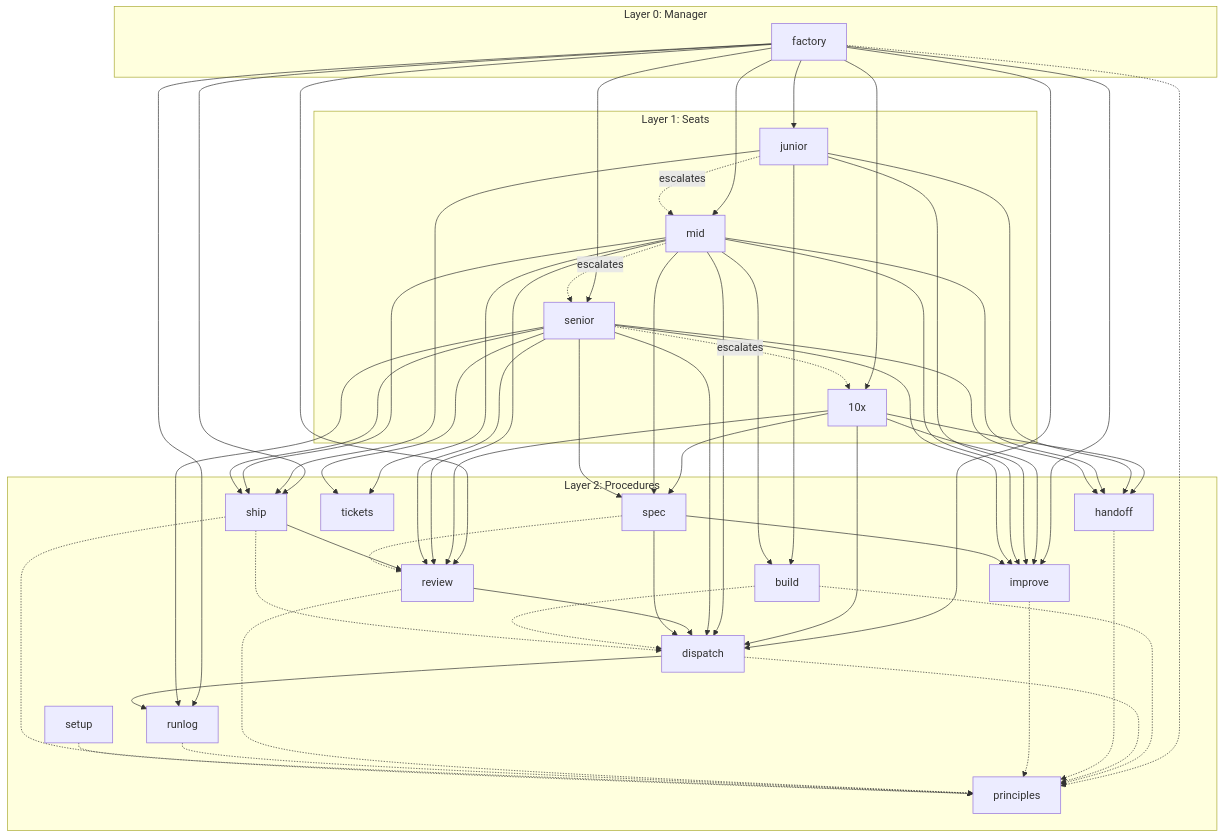
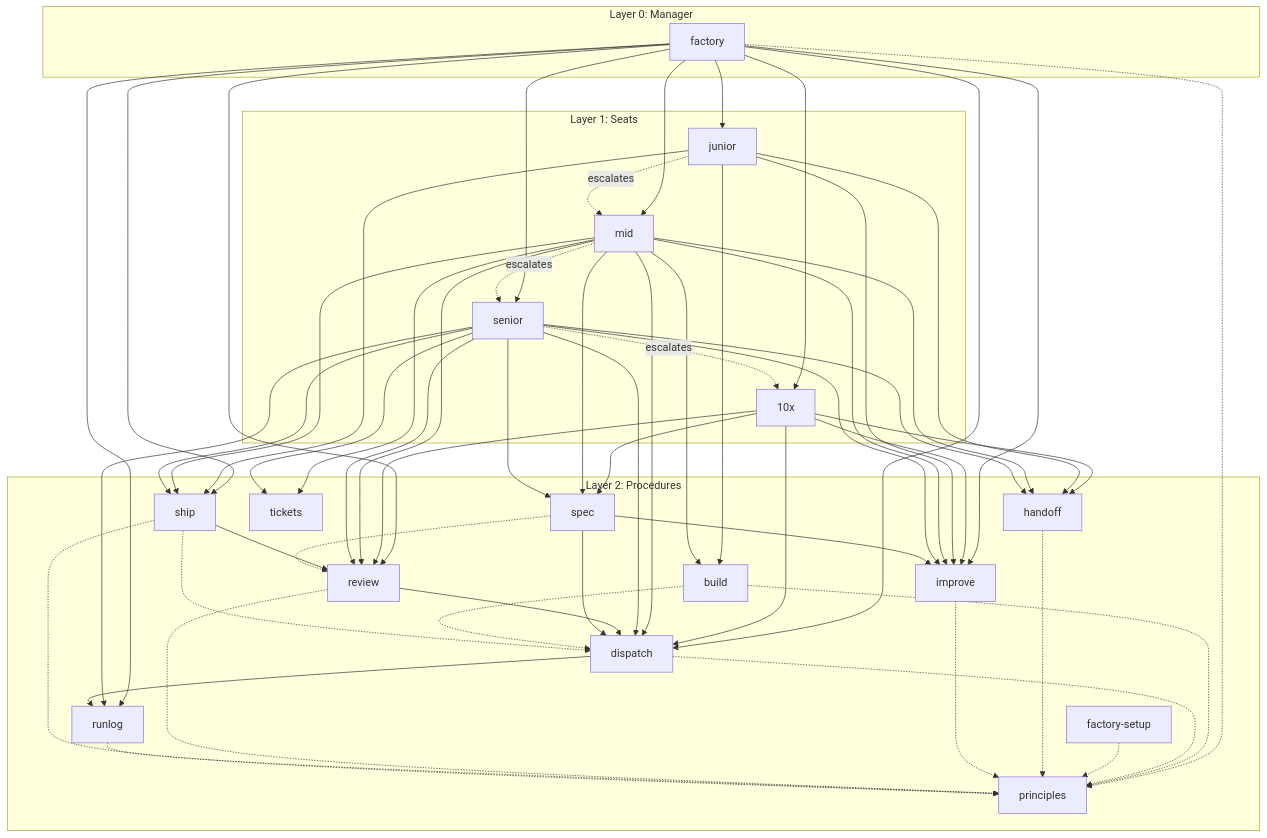
One commit to rishi23root/agent-skills changed the diagram in docs/skill-graph.md. Above: the diagram before and after it, drawn with Mermaid. The commit also changed other lines of this file and 11 other files, not shown here.

First line of the commit message:
Rename the setup skill to factory-setup

````diff
--- a/docs/skill-graph.md
+++ b/docs/skill-graph.md
@@ -7,79 +7,79 @@
 ```mermaid
 flowchart TD
   subgraph L0["Layer 0: Manager"]
     s_factory["factory"]
   end
   subgraph L1["Layer 1: Seats"]
     s_10x["10x"]
     s_junior["junior"]
     s_mid["mid"]
     s_senior["senior"]
   end
   subgraph L2["Layer 2: Procedures"]
     s_build["build"]
     s_dispatch["dispatch"]
+    s_factory_setup["factory-setup"]
     s_handoff["handoff"]
     s_improve["improve"]
     s_principles["principles"]
     s_review["review"]
     s_runlog["runlog"]
-    s_setup["setup"]
     s_ship["ship"]
     s_spec["spec"]
     s_tickets["tickets"]
   end
   s_factory --> s_improve
   s_factory --> s_junior
   s_factory --> s_mid
   s_factory --> s_senior
   s_factory --> s_10x
   s_factory --> s_dispatch
   s_factory --> s_review
   s_factory --> s_ship
   s_factory --> s_runlog
   s_10x --> s_improve
   s_10x --> s_spec
   s_10x --> s_dispatch
   s_10x --> s_review
   s_10x --> s_handoff
   s_junior --> s_improve
   s_junior --> s_build
   s_junior --> s_ship
   s_junior --> s_handoff
   s_mid --> s_improve
   s_mid --> s_spec
   s_mid --> s_tickets
   s_mid --> s_build
   s_mid --> s_review
   s_mid --> s_ship
   s_mid --> s_dispatch
   s_mid --> s_handoff
   s_senior --> s_improve
   s_senior --> s_spec
   s_senior --> s_tickets
   s_senior --> s_dispatch
   s_senior --> s_review
   s_senior --> s_ship
   s_senior --> s_handoff
   s_senior --> s_runlog
   s_dispatch --> s_runlog
   s_review --> s_dispatch
   s_ship --> s_review
   s_spec --> s_improve
   s_spec --> s_dispatch
   s_factory -.-> s_principles
   s_build -.-> s_dispatch
   s_build -.-> s_principles
   s_dispatch -.-> s_principles
+  s_factory_setup -.-> s_principles
   s_handoff -.-> s_principles
   s_improve -.-> s_principles
   s_review -.-> s_principles
   s_runlog -.-> s_principles
-  s_setup -.-> s_principles
   s_ship -.-> s_dispatch
   s_ship -.-> s_principles
   s_spec -.-> s_review
   s_junior -. escalates .-> s_mid
   s_mid -. escalates .-> s_senior
   s_senior -. escalates .-> s_10x
 ```
````
